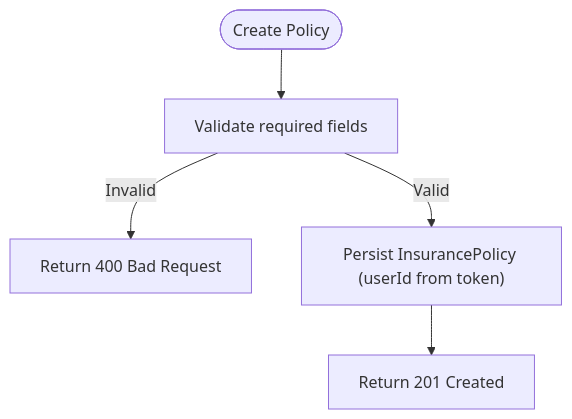
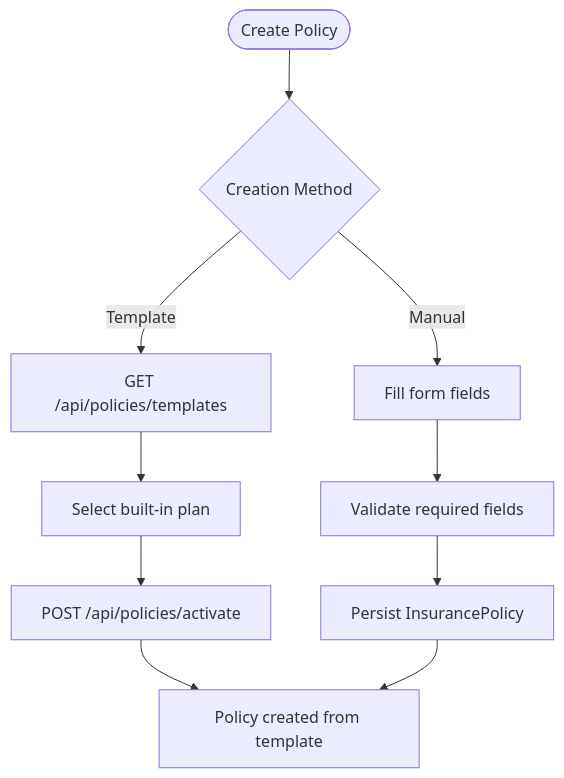
Before and after one commit to NaveenHiranya/Smart-Vehicle-Insurance-Claim-System: the fifth of 8 diagrams in .qoder/repowiki/en/content/Business Logic Layer/Policy Management System.md, drawn with Mermaid. The commit also changed other lines of this file and 38 other files, not shown here.

````diff
--- a/.qoder/repowiki/en/content/Business Logic Layer/Policy Management System.md
+++ b/.qoder/repowiki/en/content/Business Logic Layer/Policy Management System.md
@@ -138,7 +232,12 @@
 ```mermaid
 flowchart TD
-Start(["Create Policy"]) --> Validate["Validate required fields"]
-Validate --> |Invalid| Error400["Return 400 Bad Request"]
-Validate --> |Valid| Persist["Persist InsurancePolicy (userId from token)"]
-Persist --> Success["Return 201 Created"]
+Start(["Create Policy"]) --> Choice{"Creation Method"}
+Choice -- Template --> TemplateFlow["GET /api/policies/templates"]
+Choice -- Manual --> ManualFlow["Fill form fields"]
+TemplateFlow --> Select["Select built-in plan"]
+Select --> Activate["POST /api/policies/activate"]
+ManualFlow --> Validate["Validate required fields"]
+Activate --> Success["Policy created from template"]
+Validate --> Persist["Persist InsurancePolicy"]
+Persist --> Success
 ```
````
